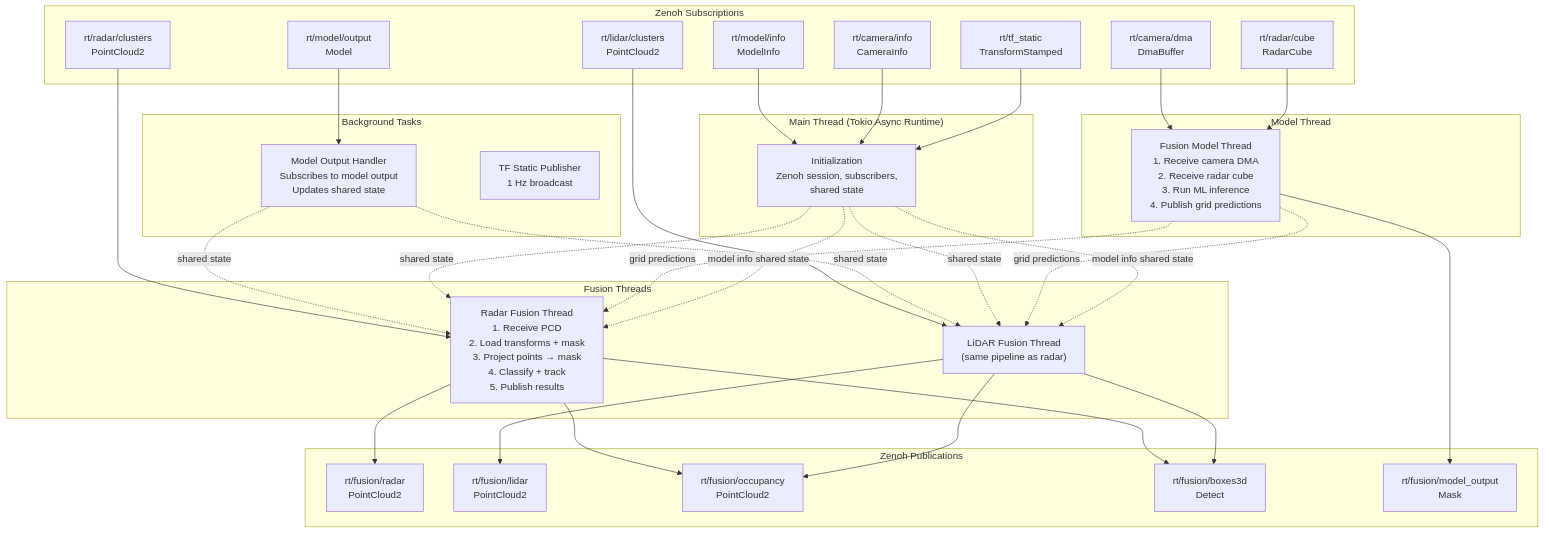
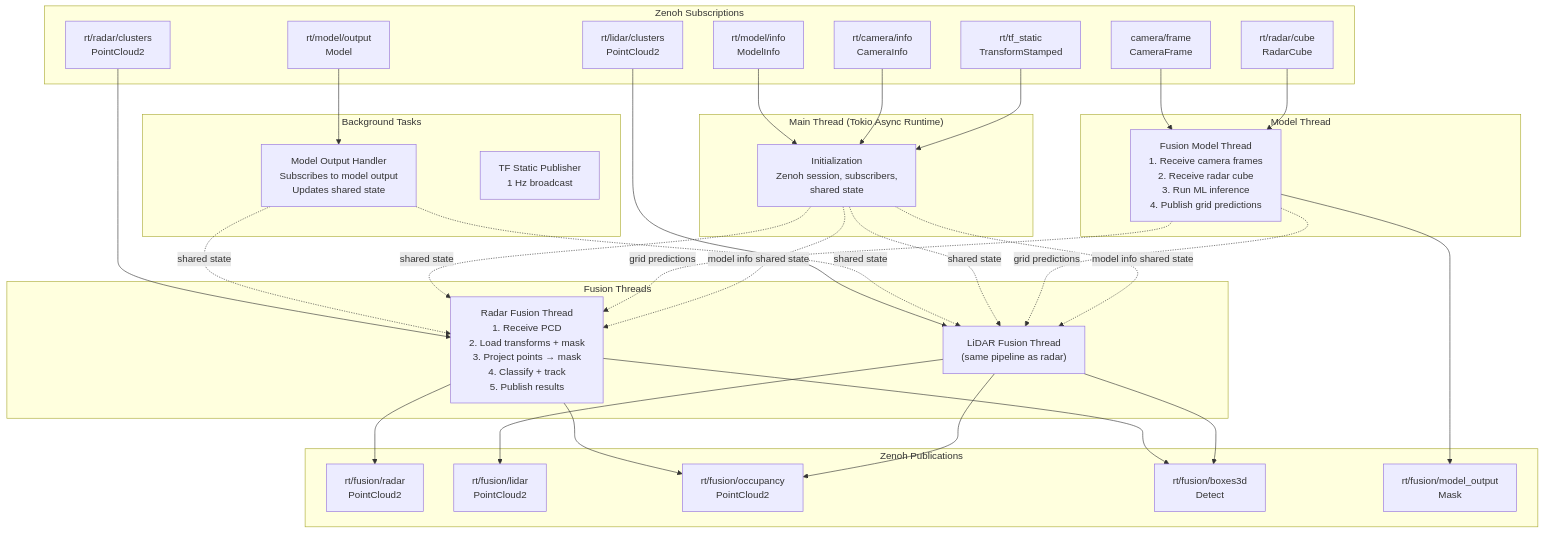
Before and after one commit to EdgeFirstAI/fusion: the first of 2 diagrams in ARCHITECTURE.md, drawn with Mermaid. The commit also changed other lines of this file and 14 other files, not shown here.

First line of the commit message:
feat: migrate fusion to edgefirst-schemas 4.0

````diff
--- a/ARCHITECTURE.md
+++ b/ARCHITECTURE.md
@@ -27,65 +27,65 @@
 ```mermaid
 graph TB
     subgraph "Zenoh Subscriptions"
         RadarSub["rt/radar/clusters<br/>PointCloud2"]
         LidarSub["rt/lidar/clusters<br/>PointCloud2"]
-        CameraSub["rt/camera/dma<br/>DmaBuffer"]
+        CameraSub["camera/frame<br/>CameraFrame"]
         ModelSub["rt/model/output<br/>Model"]
         InfoSub["rt/camera/info<br/>CameraInfo"]
         TFSub["rt/tf_static<br/>TransformStamped"]
         CubeSub["rt/radar/cube<br/>RadarCube"]
         ModelInfoSub["rt/model/info<br/>ModelInfo"]
     end
 
     subgraph "Main Thread (Tokio Async Runtime)"
         Init["Initialization<br/>Zenoh session, subscribers,<br/>shared state"]
     end
 
     subgraph "Fusion Threads"
         RadarThread["Radar Fusion Thread<br/>1. Receive PCD<br/>2. Load transforms + mask<br/>3. Project points → mask<br/>4. Classify + track<br/>5. Publish results"]
         LidarThread["LiDAR Fusion Thread<br/>(same pipeline as radar)"]
     end
 
     subgraph "Model Thread"
-        ModelThread["Fusion Model Thread<br/>1. Receive camera DMA<br/>2. Receive radar cube<br/>3. Run ML inference<br/>4. Publish grid predictions"]
+        ModelThread["Fusion Model Thread<br/>1. Receive camera frames<br/>2. Receive radar cube<br/>3. Run ML inference<br/>4. Publish grid predictions"]
     end
 
     subgraph "Background Tasks"
         ModelTask["Model Output Handler<br/>Subscribes to model output<br/>Updates shared state"]
         TFTask["TF Static Publisher<br/>1 Hz broadcast"]
     end
 
     subgraph "Zenoh Publications"
         RadarOut["rt/fusion/radar<br/>PointCloud2"]
         LidarOut["rt/fusion/lidar<br/>PointCloud2"]
         GridOut["rt/fusion/occupancy<br/>PointCloud2"]
         BBoxOut["rt/fusion/boxes3d<br/>Detect"]
         ModelOut["rt/fusion/model_output<br/>Mask"]
     end
 
     RadarSub --> RadarThread
     LidarSub --> LidarThread
     CameraSub --> ModelThread
     CubeSub --> ModelThread
     ModelSub --> ModelTask
     ModelInfoSub --> Init
     InfoSub --> Init
     TFSub --> Init
 
     RadarThread --> RadarOut
     RadarThread --> GridOut
     RadarThread --> BBoxOut
     LidarThread --> LidarOut
     LidarThread --> GridOut
     LidarThread --> BBoxOut
     ModelThread --> ModelOut
 
     ModelTask -.->|"shared state"| RadarThread
     ModelTask -.->|"shared state"| LidarThread
     Init -.->|"shared state"| RadarThread
     Init -.->|"shared state"| LidarThread
     ModelThread -.->|"grid predictions"| RadarThread
     ModelThread -.->|"grid predictions"| LidarThread
     Init -.->|"model info shared state"| RadarThread
     Init -.->|"model info shared state"| LidarThread
 ```
````
